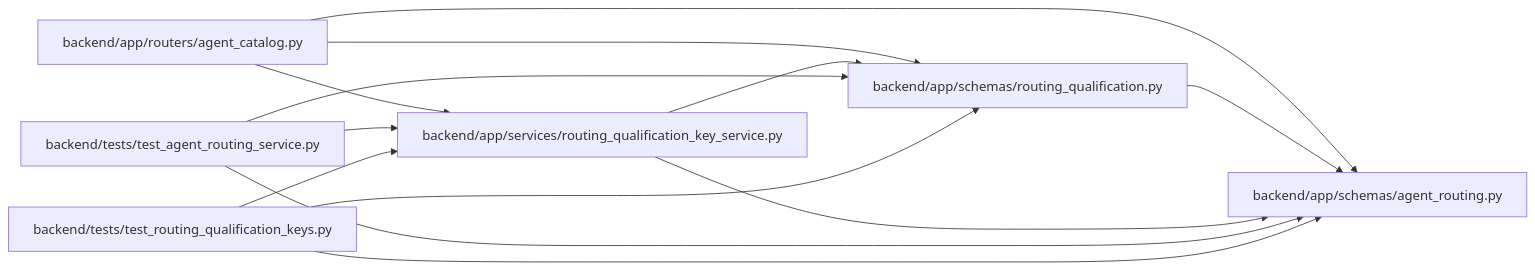
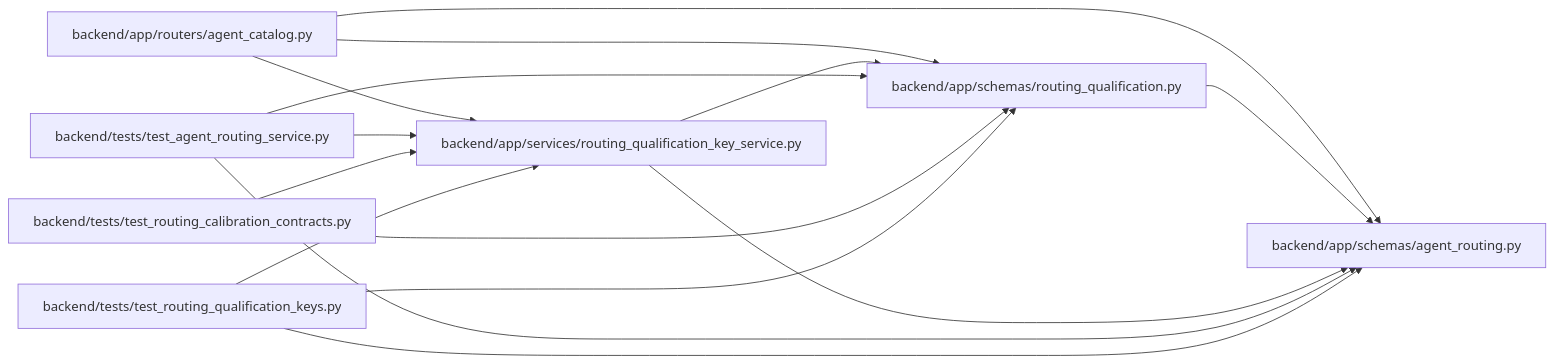
One commit to Denissvgn/WorkChord changed the diagram in docs/llm_wiki/modules/schemas_routing_qualification.md. Above: the diagram before and after it, drawn with Mermaid. The commit also changed other lines of this file and 836 other files, not shown here.

Commit message:
Sync the architectural wiki for the calibration contract

````diff
--- a/docs/llm_wiki/modules/schemas_routing_qualification.md
+++ b/docs/llm_wiki/modules/schemas_routing_qualification.md
@@ -26,27 +26,31 @@
 ```mermaid
 flowchart LR
     n0["backend/app/routers/agent_catalog.py"]
     n1["backend/app/schemas/agent_routing.py"]
     n2["backend/app/schemas/routing_qualification.py"]
     n3["backend/app/services/routing_qualification_key_service.py"]
     n4["backend/tests/test_agent_routing_service.py"]
-    n5["backend/tests/test_routing_qualification_keys.py"]
+    n5["backend/tests/test_routing_calibration_contracts.py"]
+    n6["backend/tests/test_routing_qualification_keys.py"]
     n0 --> n1
     n0 --> n2
     n0 --> n3
     n2 --> n1
     n3 --> n1
     n3 --> n2
     n4 --> n1
     n4 --> n2
     n4 --> n3
-    n5 --> n1
     n5 --> n2
     n5 --> n3
+    n6 --> n1
+    n6 --> n2
+    n6 --> n3
     click n0 "../modules/agent_catalog.md"
     click n1 "../modules/agent_routing.md"
     click n2 "../modules/schemas_routing_qualification.md"
     click n3 "../modules/routing_qualification_key_service.md"
     click n4 "../modules/test_agent_routing_service.md"
-    click n5 "../modules/test_routing_qualification_keys.md"
+    click n5 "../modules/test_routing_calibration_contracts.md"
+    click n6 "../modules/test_routing_qualification_keys.md"
 ```
````
